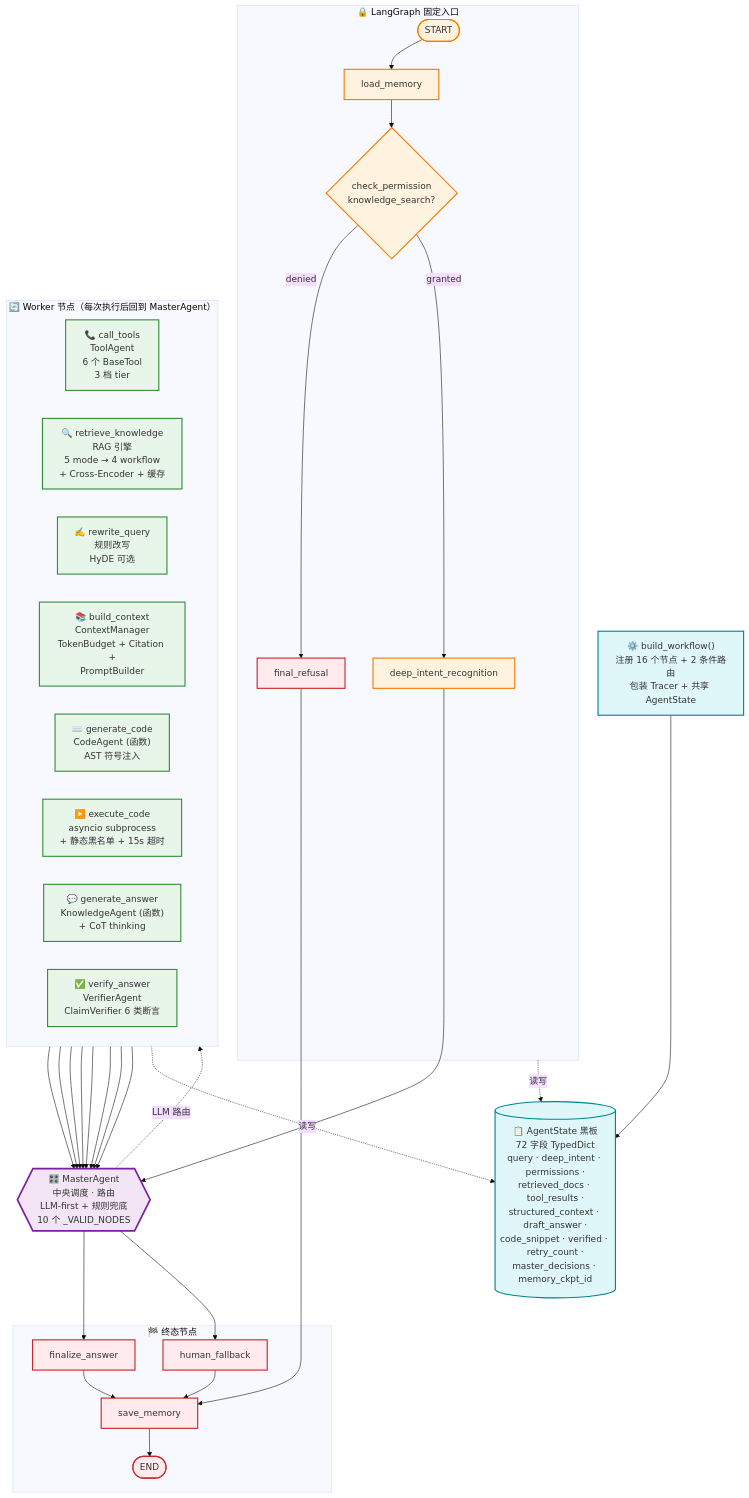
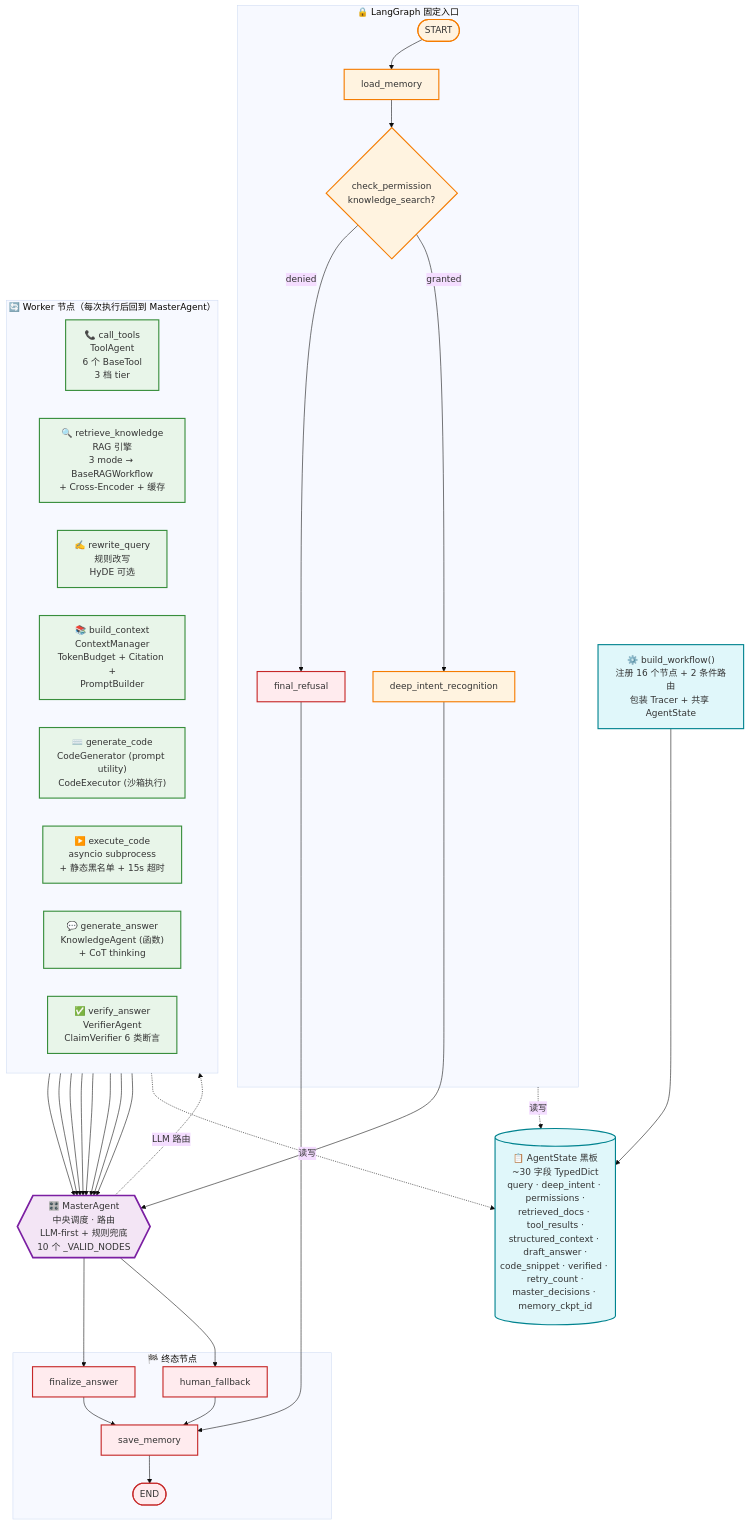
The third of 6 diagrams in technical_deep_dive/01-项目总览与系统架构.md (jackone666/enterprise_agentic_rag), drawn with Mermaid (base theme) before and after one commit. The commit also changed other lines of this file and 13 other files, not shown here.

````diff
--- a/technical_deep_dive/01-项目总览与系统架构.md
+++ b/technical_deep_dive/01-项目总览与系统架构.md
@@ -335,65 +337,65 @@
 ```mermaid
 graph TB
     %% 工厂入口
     BUILD["⚙️ build_workflow()<br/>注册 16 个节点 + 2 条件路由<br/>包装 Tracer + 共享 AgentState"]
 
     %% State 黑板
-    STATE[("📋 AgentState 黑板<br/>72 字段 TypedDict<br/>query · deep_intent · permissions ·<br/>retrieved_docs · tool_results ·<br/>structured_context · draft_answer ·<br/>code_snippet · verified · retry_count ·<br/>master_decisions · memory_ckpt_id")]
+    STATE[("📋 AgentState 黑板<br/>~30 字段 TypedDict<br/>query · deep_intent · permissions ·<br/>retrieved_docs · tool_results ·<br/>structured_context · draft_answer ·<br/>code_snippet · verified · retry_count ·<br/>master_decisions · memory_ckpt_id")]
 
     %% 固定入口
     subgraph Entry["🔒 LangGraph 固定入口"]
         START([START]) --> LM[load_memory]
         LM --> CP{check_permission<br/>knowledge_search?}
         CP -->|denied| FR[final_refusal]
         CP -->|granted| DI[deep_intent_recognition]
     end
 
     %% MasterAgent 调度循环
     MA{{"🎛️ MasterAgent<br/>中央调度 · 路由<br/>LLM-first + 规则兜底<br/>10 个 _VALID_NODES"}}
 
     %% Worker 集群
     subgraph Workers["🔄 Worker 节点（每次执行后回到 MasterAgent）"]
         direction LR
         TA["📞 call_tools<br/>ToolAgent<br/>6 个 BaseTool<br/>3 档 tier"]
-        RK["🔍 retrieve_knowledge<br/>RAG 引擎<br/>5 mode → 4 workflow<br/>+ Cross-Encoder + 缓存"]
+        RK["🔍 retrieve_knowledge<br/>RAG 引擎<br/>3 mode → BaseRAGWorkflow<br/>+ Cross-Encoder + 缓存"]
         RW["✍️ rewrite_query<br/>规则改写<br/>HyDE 可选"]
         BC["📚 build_context<br/>ContextManager<br/>TokenBudget + Citation +<br/>PromptBuilder"]
-        GC["⌨️ generate_code<br/>CodeAgent (函数)<br/>AST 符号注入"]
+        GC["⌨️ generate_code<br/>CodeGenerator (prompt utility)<br/>CodeExecutor (沙箱执行)"]
         EC["▶️ execute_code<br/>asyncio subprocess<br/>+ 静态黑名单 + 15s 超时"]
         GA["💬 generate_answer<br/>KnowledgeAgent (函数)<br/>+ CoT thinking"]
         VA["✅ verify_answer<br/>VerifierAgent<br/>ClaimVerifier 6 类断言"]
     end
 
     %% 终态
     subgraph Term["🏁 终态节点"]
         FA[finalize_answer]
         HF[human_fallback]
         SM[save_memory] --> END([END])
     end
 
     %% 连线
     BUILD --> STATE
     DI --> MA
     MA -.LLM 路由.-> Workers
     TA & RK & RW & BC & GC & EC & GA & VA --> MA
     MA --> FA & HF
     FR --> SM
     FA --> SM
     HF --> SM
 
     %% State 横切
     Workers -.读写.-> STATE
     Entry -.读写.-> STATE
 
     %% 样式
     classDef entry fill:#FFF3E0,stroke:#F57C00,stroke-width:2px
     classDef master fill:#F3E5F5,stroke:#7B1FA2,stroke-width:3px
     classDef worker fill:#E8F5E9,stroke:#388E3C,stroke-width:2px
     classDef term fill:#FFEBEE,stroke:#C62828,stroke-width:2px
     classDef state fill:#E0F7FA,stroke:#00838F,stroke-width:2px
     class LM,CP,DI,START entry
     class MA master
     class TA,RK,RW,BC,GC,EC,GA,VA worker
     class FA,HF,SM,END,FR term
     class STATE,BUILD state
 ```
````
